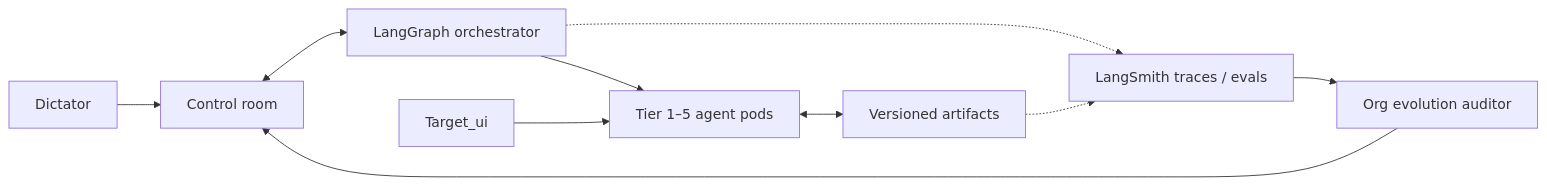
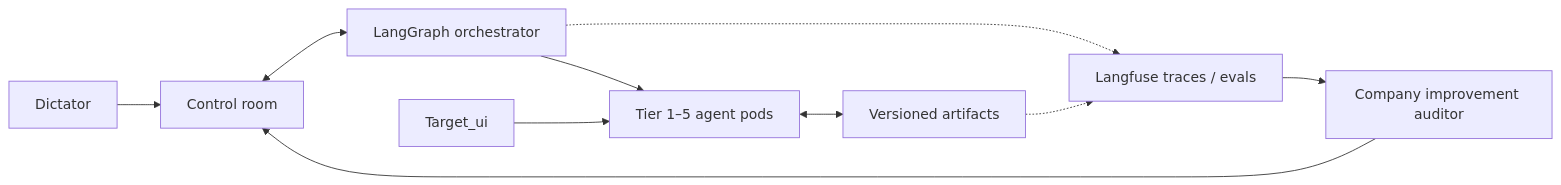
The diagram in README.md (yosantosh/Team_of_agents_designing_UI_ux), drawn with Mermaid before and after one commit. The commit also changed other lines of this file and 23 other files, not shown here.

Commit message:
Replace LangSmith with self-hosted Langfuse observability

````diff
--- a/README.md
+++ b/README.md
@@ -69,12 +104,12 @@
 ```mermaid
 flowchart LR
   D["Dictator"] --> C["Control room"]
   C <--> G["LangGraph orchestrator"]
   G --> P["Tier 1–5 agent pods"]
   P <--> A["Versioned artifacts"]
   T["Target_ui"] --> P
-  G -.-> L["LangSmith traces / evals"]
+  G -.-> L["Langfuse traces / evals"]
   A -.-> L
-  L --> E["Org evolution auditor"]
+  L --> E["Company improvement auditor"]
   E --> C
 ```
````
